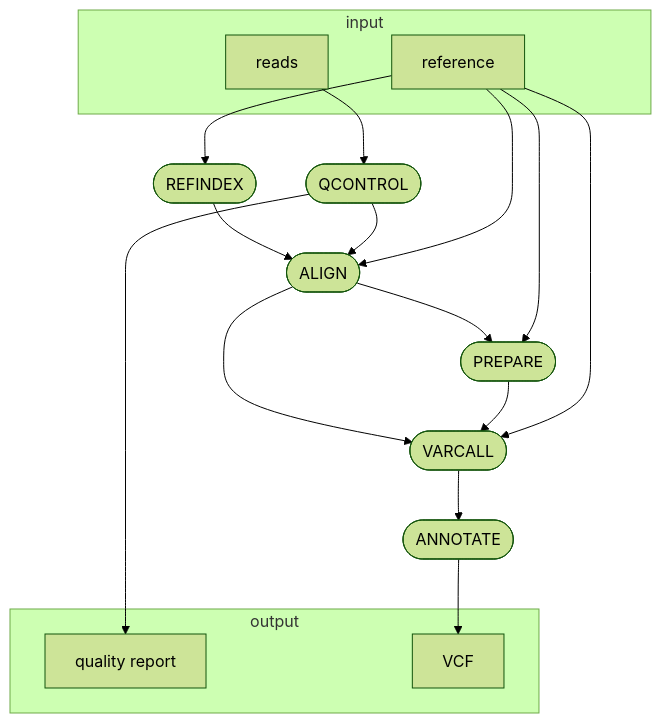
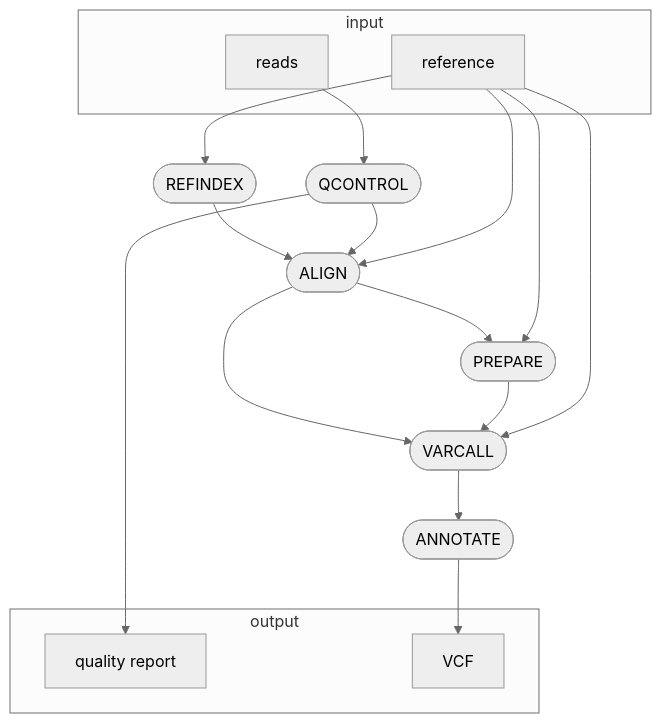
The diagram in README.md (glebus-sasha/deepvariant_nf), drawn with Mermaid before and after one commit.

````diff
--- a/README.md
+++ b/README.md
@@ -5,31 +5,31 @@
 ```mermaid
-%%{init: {'theme':'forest'}}%%
+%%{init: {'theme':'neutral'}}%%
 flowchart TB
     subgraph "input"
     v0["reads"]
     v1["reference"]
     end
     v2([REFINDEX])
     v3([QCONTROL])
     subgraph "output"
     v4["quality report"]
     v14["VCF"]
     end
     v6([ALIGN])
     v8([PREPARE])
     v10([VARCALL])
     v13([ANNOTATE])
     v0 --> v3
     v1 --> v2
     v2 --> v6
     v3 --> v6
     v3 --> v4
     v1 --> v6
     v6 --> v8
     v6 --> v10
     v1 --> v8
     v8 --> v10
     v1 --> v10
     v10 --> v13
     v13 --> v14
 ```
````
